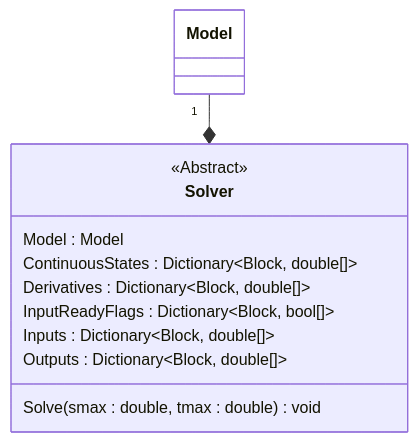
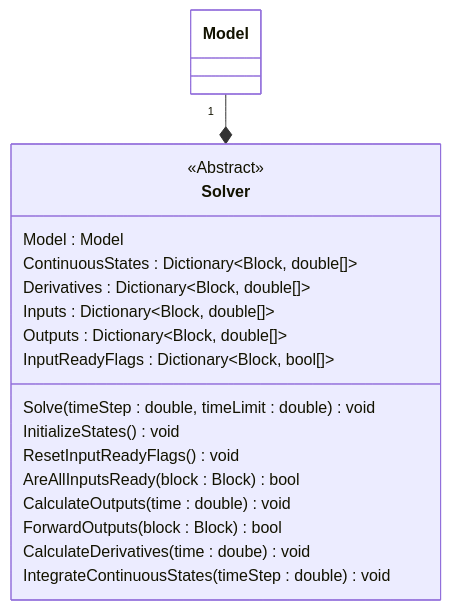
Before and after one commit to ghackenberg/kurs-computer-simulation: the diagram in Quellen/WS25/SFunctionContinuous/Solver.mmd, drawn with Mermaid. The commit also changed 15 other files, not shown here.

```diff
--- a/Quellen/WS25/SFunctionContinuous/Solver.mmd
+++ b/Quellen/WS25/SFunctionContinuous/Solver.mmd
@@ -1,21 +1,28 @@
 classDiagram
 
     direction TB
 
     class Model {
     }
 
     class Solver {
         <<Abstract>>
         Model : Model
         ContinuousStates : Dictionary~Block, double[]~
         Derivatives : Dictionary~Block, double[]~
-        InputReadyFlags : Dictionary~Block, bool[]~
         Inputs : Dictionary~Block, double[]~
         Outputs : Dictionary~Block, double[]~
-        Solve(smax : double, tmax : double) void
+        InputReadyFlags : Dictionary~Block, bool[]~
+        Solve(timeStep : double, timeLimit : double) void
+        InitializeStates() void
+        ResetInputReadyFlags() void
+        AreAllInputsReady(block : Block) bool
+        CalculateOutputs(time : double) void
+        ForwardOutputs(block : Block) bool 
+        CalculateDerivatives(time : doube) void
+        IntegrateContinuousStates(timeStep : double) void
     }
 
     Model "1" --* Solver
 
     style Model fill:white
```
